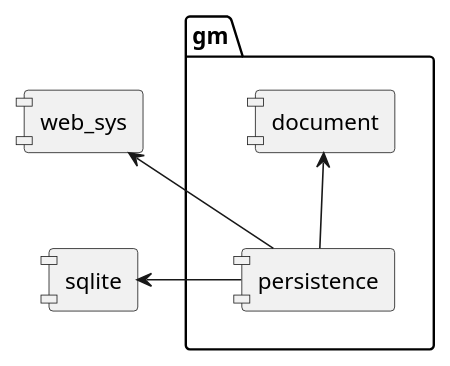
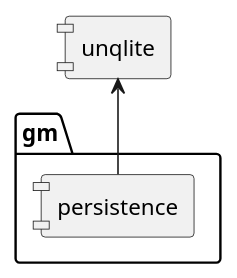
The diagram in documentation/Specification/diagrams/subsystems/persistence/inter.plantuml (zwerdlds/GlyphMosaic), drawn with PlantUML before and after one commit.

Commit message:
docs: initial mention of unqlite in pers/inter diagram

```diff
--- a/documentation/Specification/diagrams/subsystems/persistence/inter.plantuml
+++ b/documentation/Specification/diagrams/subsystems/persistence/inter.plantuml
@@ -1,19 +1,12 @@
 @startuml inter
 skinparam componentStyle uml1
 
 package "gm" {
-    component "document" as doc
     component "persistence" as per
 }
 
-component "web_sys" as ws
-component "sqlite" as sql
+component "unqlite" as sql
 
-gm -r[hidden]- ws
-ws -d[hidden]- sql
-
-per -u-> doc
-per -u-> ws
 per -u-> sql
 
 @enduml
```
